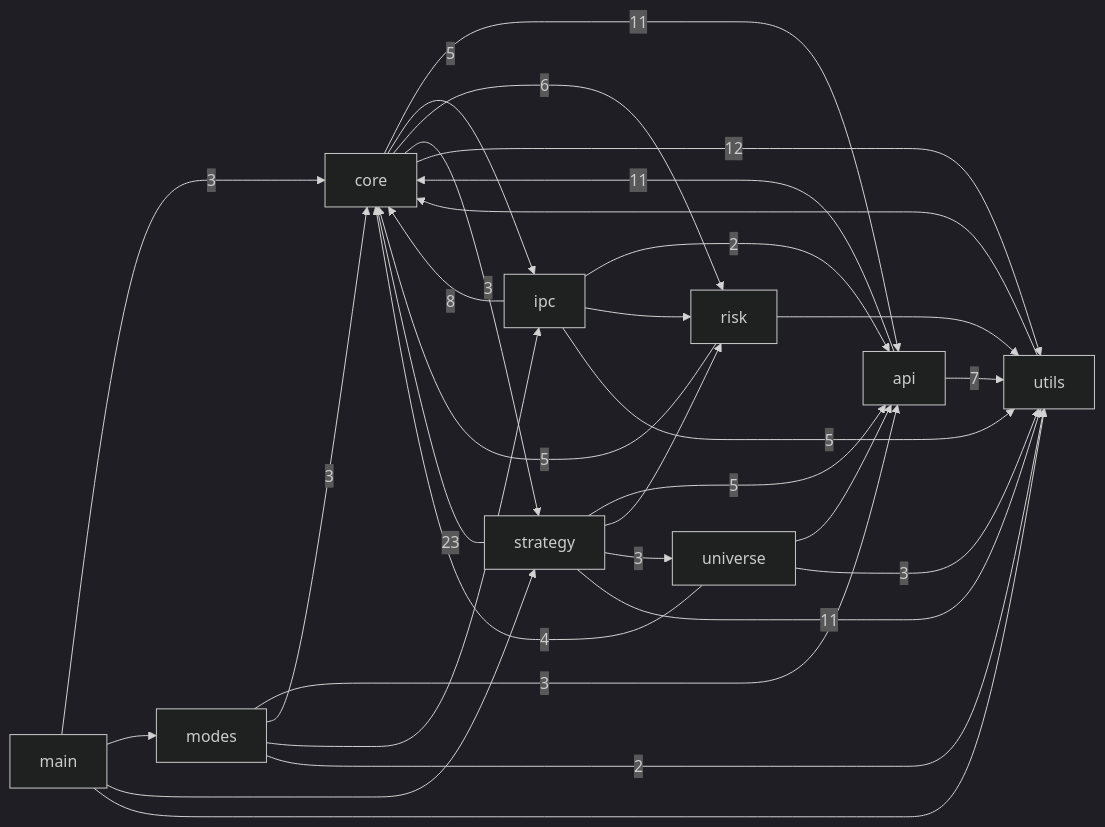
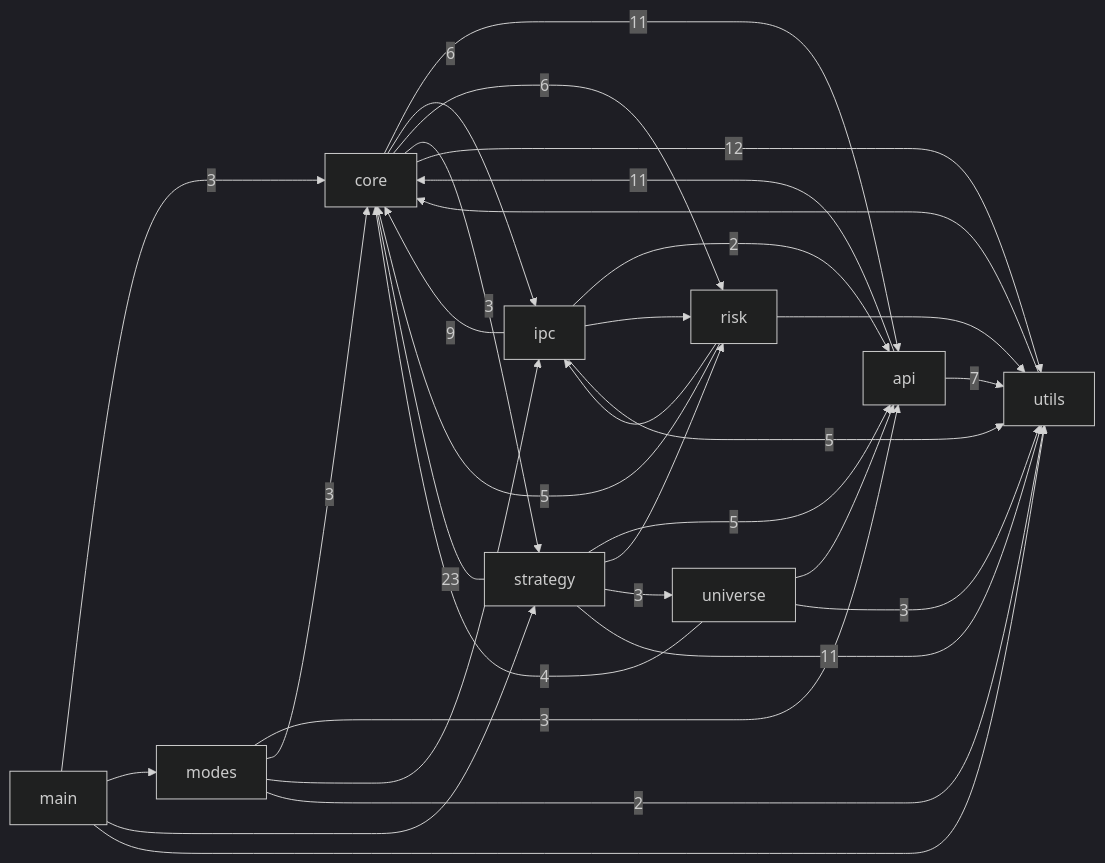
The first of 3 diagrams in docs/CODE_GRAPH.md (pypy8171/Quant), drawn with Mermaid (dark theme) before and after one commit. The commit also changed other lines of this file and 15 other files, not shown here.

````diff
--- a/docs/CODE_GRAPH.md
+++ b/docs/CODE_GRAPH.md
@@ -10,42 +10,43 @@
 ```mermaid
 graph LR
   main[main]
   modes[modes]
   core[core]
   strategy[strategy]
   api[api]
   universe[universe]
   risk[risk]
   ipc[ipc]
   utils[utils]
   api -->|11| core
   api -->|7| utils
   core -->|11| api
-  core -->|5| ipc
+  core -->|6| ipc
   core -->|6| risk
   core -->|3| strategy
   core -->|12| utils
   ipc -->|2| api
-  ipc -->|8| core
+  ipc -->|9| core
   ipc --> risk
   ipc -->|5| utils
   main -->|3| core
   main --> modes
   main --> strategy
   main --> utils
   modes -->|3| api
   modes -->|3| core
   modes --> ipc
   modes -->|2| utils
   risk -->|5| core
+  risk --> ipc
   risk --> utils
   strategy -->|5| api
   strategy -->|23| core
   strategy --> risk
   strategy -->|3| universe
   strategy -->|11| utils
   universe --> api
   universe -->|4| core
   universe -->|3| utils
   utils --> core
 ```
````
